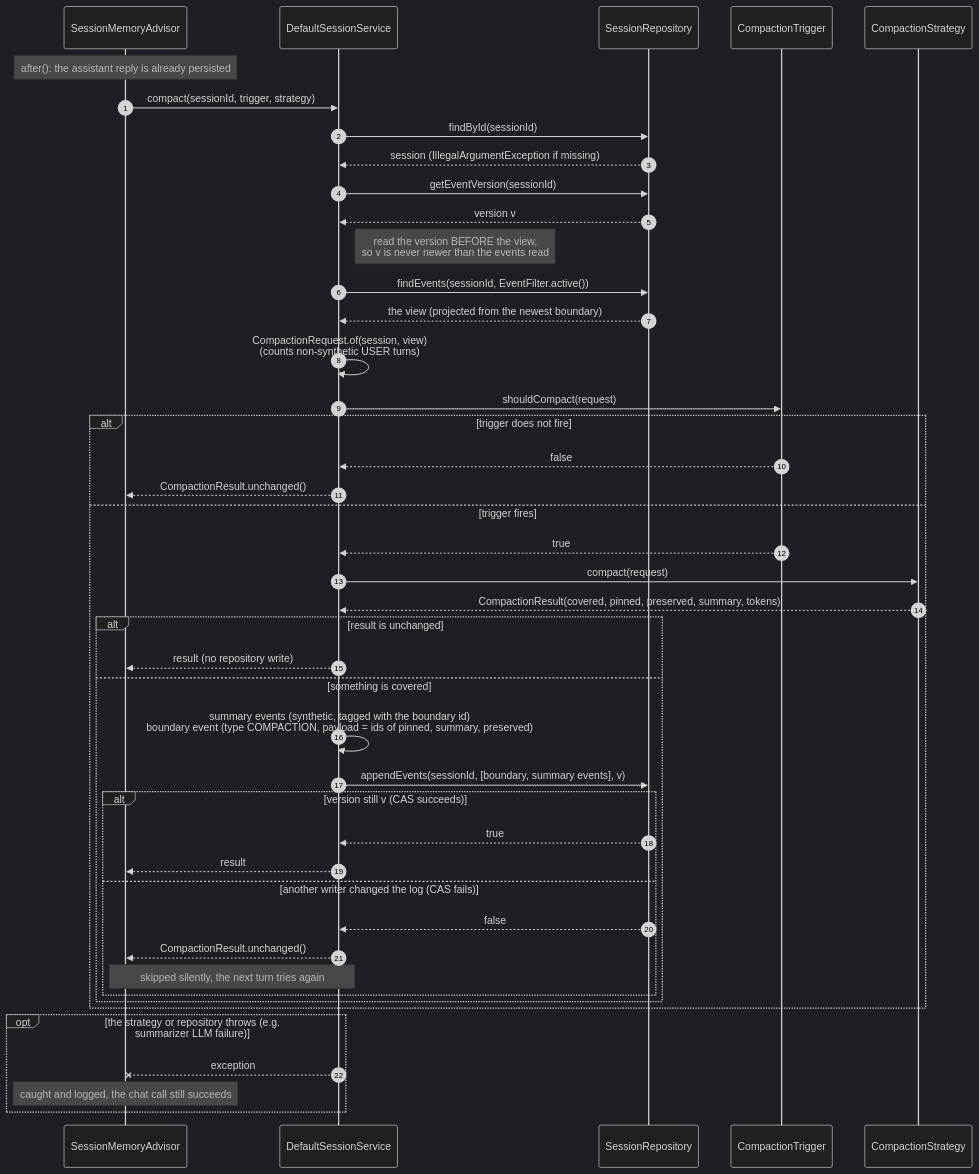
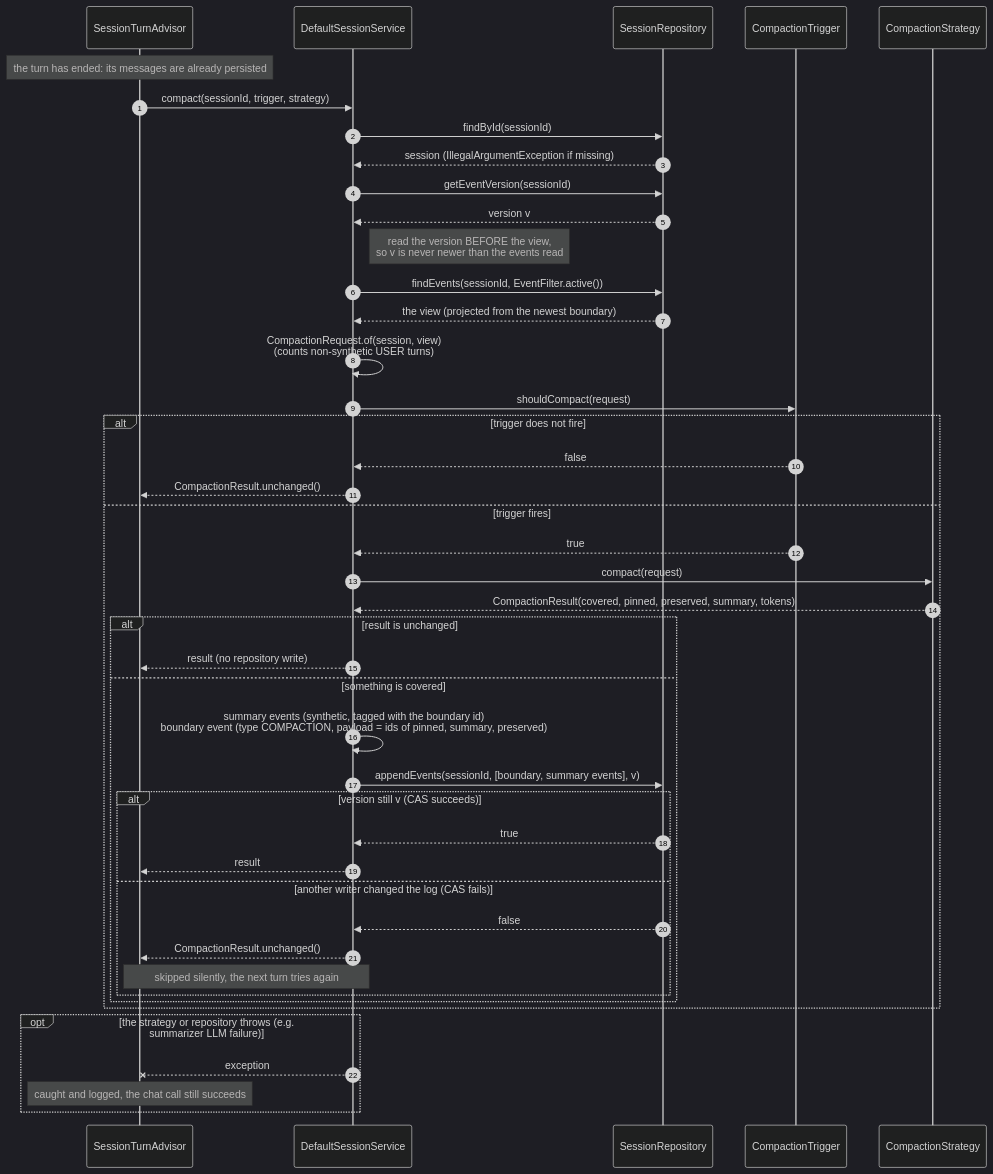
Before and after one commit to spring-ai-community/spring-ai-session: the fourth of 9 diagrams in docs/session-management/compaction-internals.md, drawn with Mermaid (dark theme). The commit also changed other lines of this file and 19 other files, not shown here.

First line of the commit message:
Run the turn in a SessionTurnAdvisor outside the tool loop

````diff
--- a/docs/session-management/compaction-internals.md
+++ b/docs/session-management/compaction-internals.md
@@ -226,47 +226,47 @@
 ```mermaid
 sequenceDiagram
     autonumber
-    participant Adv as SessionMemoryAdvisor
+    participant Adv as SessionTurnAdvisor
     participant Svc as DefaultSessionService
     participant Repo as SessionRepository
     participant Trg as CompactionTrigger
     participant Str as CompactionStrategy
 
-    Note over Adv: after(): the assistant reply is already persisted
+    Note over Adv: the turn has ended: its messages are already persisted
     Adv->>Svc: compact(sessionId, trigger, strategy)
     Svc->>Repo: findById(sessionId)
     Repo-->>Svc: session (IllegalArgumentException if missing)
     Svc->>Repo: getEventVersion(sessionId)
     Repo-->>Svc: version v
     Note right of Svc: read the version BEFORE the view,<br/>so v is never newer than the events read
     Svc->>Repo: findEvents(sessionId, EventFilter.active())
     Repo-->>Svc: the view (projected from the newest boundary)
     Svc->>Svc: CompactionRequest.of(session, view)<br/>(counts non-synthetic USER turns)
     Svc->>Trg: shouldCompact(request)
     alt trigger does not fire
         Trg-->>Svc: false
         Svc-->>Adv: CompactionResult.unchanged()
     else trigger fires
         Trg-->>Svc: true
         Svc->>Str: compact(request)
         Str-->>Svc: CompactionResult(covered, pinned, preserved, summary, tokens)
         alt result is unchanged
             Svc-->>Adv: result (no repository write)
         else something is covered
             Svc->>Svc: summary events (synthetic, tagged with the boundary id)<br/>boundary event (type COMPACTION, payload = ids of pinned, summary, preserved)
             Svc->>Repo: appendEvents(sessionId, [boundary, summary events], v)
             alt version still v (CAS succeeds)
                 Repo-->>Svc: true
                 Svc-->>Adv: result
             else another writer changed the log (CAS fails)
                 Repo-->>Svc: false
                 Svc-->>Adv: CompactionResult.unchanged()
                 Note over Svc,Adv: skipped silently, the next turn tries again
             end
         end
     end
     opt the strategy or repository throws (e.g. summarizer LLM failure)
         Svc--xAdv: exception
         Note over Adv: caught and logged, the chat call still succeeds
     end
 ```
````
